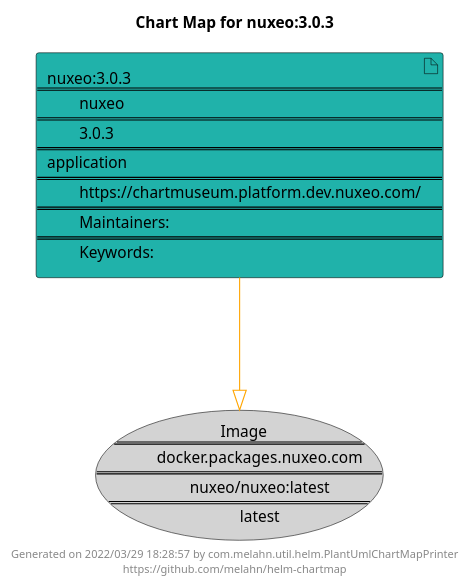
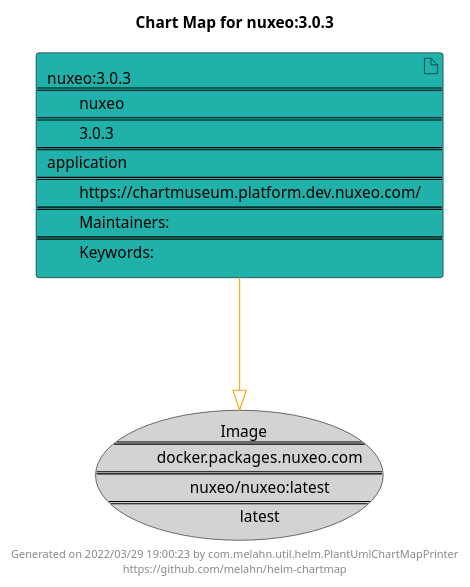
One commit to melahn/helm-chartmap changed the diagram in docs/nuxeo/nuxeo-3.0.3.puml. Above: the diagram before and after it, drawn with PlantUML. The commit also changed 51 other files, not shown here.

Commit message:
Update Example Chart Maps as part of GitHub build

```diff
--- a/docs/nuxeo/nuxeo-3.0.3.puml
+++ b/docs/nuxeo/nuxeo-3.0.3.puml
@@ -1,21 +1,21 @@
 @startuml
 skinparam linetype ortho
 skinparam backgroundColor white
 skinparam usecaseBorderColor black
 skinparam usecaseArrowColor LightSlateGray
 skinparam artifactBorderColor black
 skinparam artifactArrowColor LightSlateGray
 
 title Chart Map for nuxeo:3.0.3
 
 'There is one referenced Helm Chart
 artifact "nuxeo:3.0.3\n====\n\tnuxeo\n====\n\t3.0.3\n====\napplication\n====\n\thttps://chartmuseum.platform.dev.nuxeo.com/\n====\n\tMaintainers: \n====\n\tKeywords: " as nuxeo_3_0_3 #LightSeaGreen
 
 'There is one referenced Docker Image
 usecase "Image\n====\n\tdocker.packages.nuxeo.com\n====\n\tnuxeo/nuxeo:latest\n====\n\tlatest" as docker_packages_nuxeo_com_nuxeo_nuxeo_latest #LightGray
 
 'Chart Dependencies
 nuxeo_3_0_3--[#orange]-|>docker_packages_nuxeo_com_nuxeo_nuxeo_latest
 
-center footer Generated on 2022/03/29 18:28:57 by com.melahn.util.helm.PlantUmlChartMapPrinter\nhttps://github.com/melahn/helm-chartmap
+center footer Generated on 2022/03/29 19:00:23 by com.melahn.util.helm.PlantUmlChartMapPrinter\nhttps://github.com/melahn/helm-chartmap
 @enduml
```
